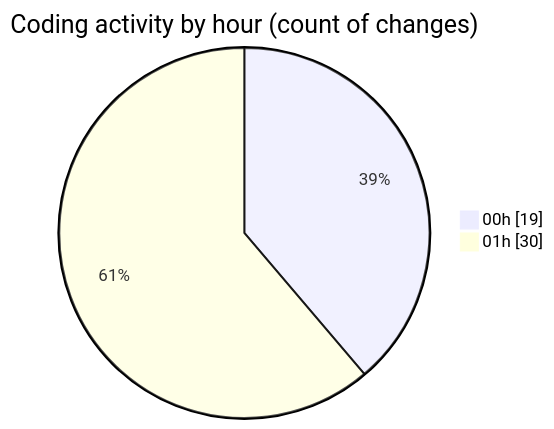
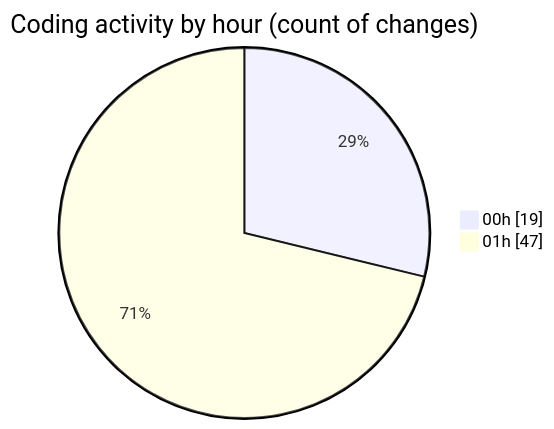
The second of 2 diagrams in 2025-07-25/quanlyrapchieuphim-1/README.md (lephambinh05/code-tracking), drawn with Mermaid before and after one commit. The commit also changed other lines of this file and 1 other file, not shown here.

````diff
--- a/2025-07-25/quanlyrapchieuphim-1/README.md
+++ b/2025-07-25/quanlyrapchieuphim-1/README.md
@@ -33,6 +33,6 @@
 ```mermaid
 pie showData
 title Coding activity by hour (count of changes)
 "00h" : 19
-"01h" : 30
+"01h" : 47
 ```
````
